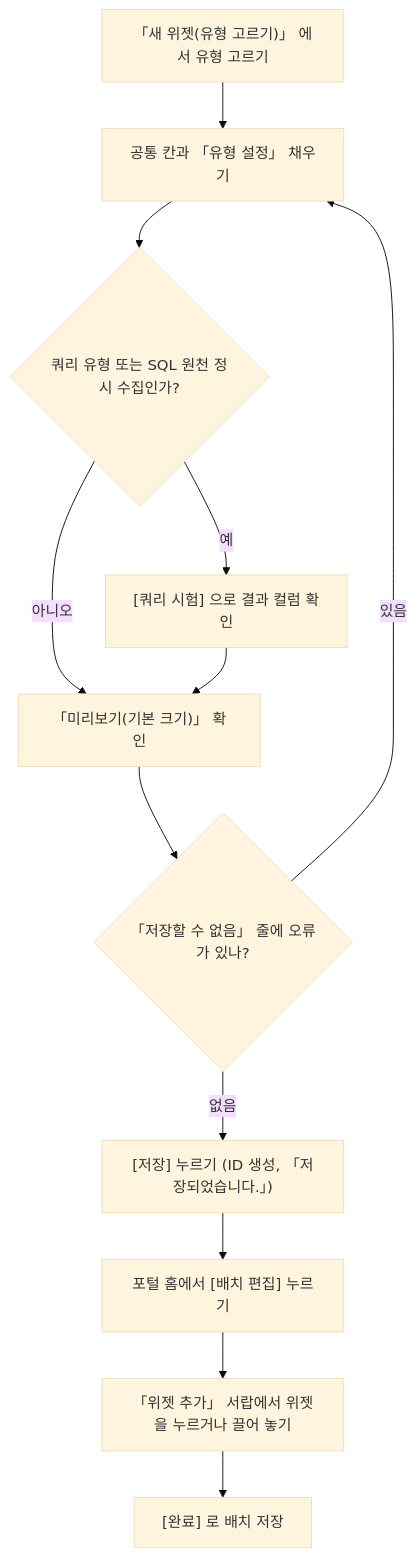
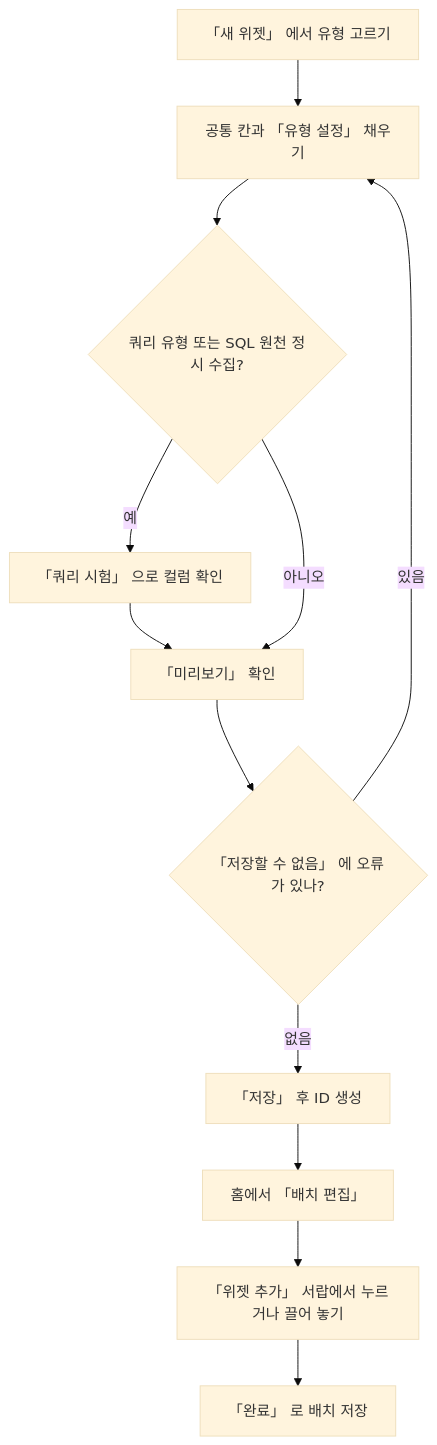
One commit to jongik-sv/dmes-standard changed the second of 7 diagrams in docs/guide/FrontEnd/Widget-Authoring-Guide.md. Above: the diagram before and after it, drawn with Mermaid (base theme). The commit also changed other lines of this file and 1 other file, not shown here.

````diff
--- a/docs/guide/FrontEnd/Widget-Authoring-Guide.md
+++ b/docs/guide/FrontEnd/Widget-Authoring-Guide.md
@@ -72,14 +65,9 @@
 ```mermaid
 flowchart TB
-  A["「새 위젯(유형 고르기)」 에서 유형 고르기"] --> B["공통 칸과 「유형 설정」 채우기"]
-  B --> T{"쿼리 유형 또는 SQL 원천 정시 수집인가?"}
-  T -->|"예"| Q["[쿼리 시험] 으로 결과 컬럼 확인"]
-  T -->|"아니오"| P["「미리보기(기본 크기)」 확인"]
-  Q --> P
-  P --> E{"「저장할 수 없음」 줄에 오류가 있나?"}
+  A["「새 위젯」 에서 유형 고르기"] --> B["공통 칸과 「유형 설정」 채우기"] --> T{"쿼리 유형 또는 SQL 원천 정시 수집?"}
+  T -->|"예"| Q["「쿼리 시험」 으로 컬럼 확인"] --> P["「미리보기」 확인"]
+  T -->|"아니오"| P
+  P --> E{"「저장할 수 없음」 에 오류가 있나?"}
   E -->|"있음"| B
-  E -->|"없음"| S["[저장] 누르기 (ID 생성, 「저장되었습니다.」)"]
-  S --> H["포털 홈에서 [배치 편집] 누르기"]
-  H --> K["「위젯 추가」 서랍에서 위젯을 누르거나 끌어 놓기"]
-  K --> DONE["[완료] 로 배치 저장"]
+  E -->|"없음"| S["「저장」 후 ID 생성"] --> H["홈에서 「배치 편집」"] --> K["「위젯 추가」 서랍에서 누르거나 끌어 놓기"] --> DONE["「완료」 로 배치 저장"]
 ```
````
